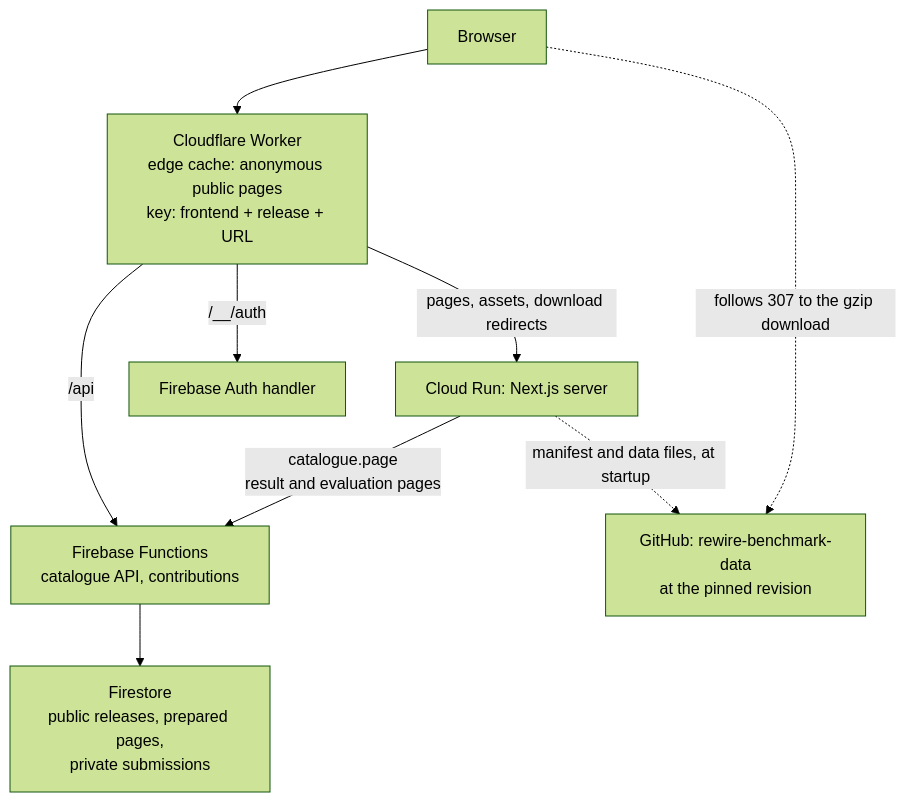
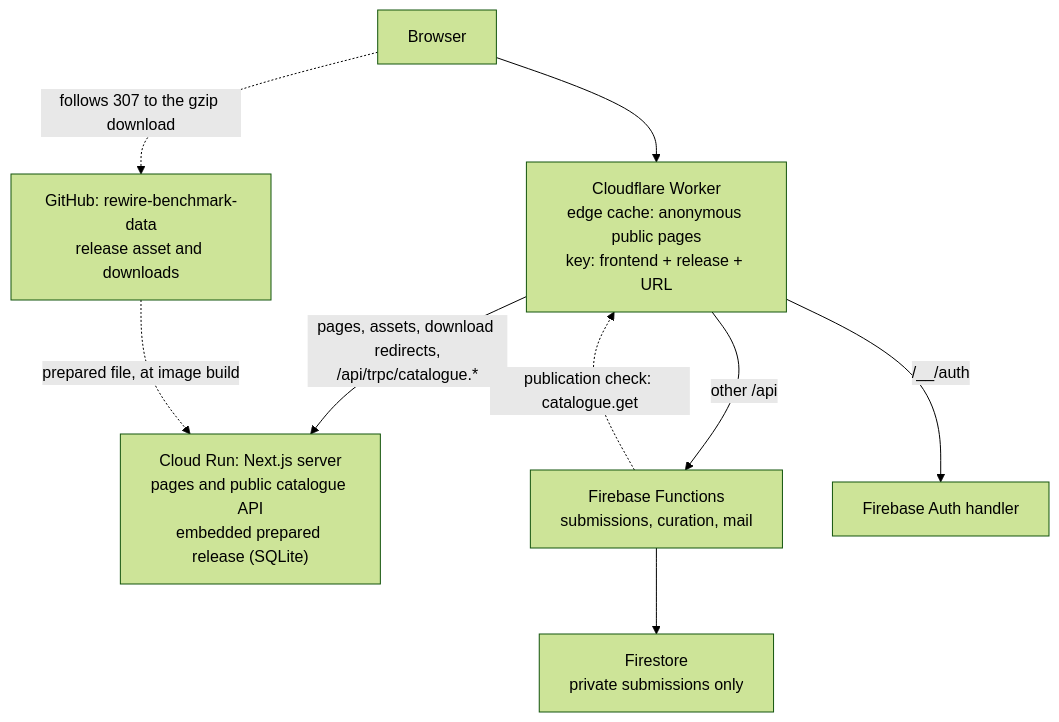
The diagram in README.md (rewire-bio/rewire-database), drawn with Mermaid (forest theme) before and after one commit. The commit also changed other lines of this file and 55 other files, not shown here.

First line of the commit message:
Serve pages and the catalogue API from the image's prepared release

````diff
--- a/README.md
+++ b/README.md
@@ -7,19 +7,19 @@
 ```mermaid
 flowchart TD
     Browser["Browser"]
     Worker["Cloudflare Worker<br/>edge cache: anonymous public pages<br/>key: frontend + release + URL"]
-    SSR["Cloud Run: Next.js server"]
-    Functions["Firebase Functions<br/>catalogue API, contributions"]
+    SSR["Cloud Run: Next.js server<br/>pages and public catalogue API<br/>embedded prepared release (SQLite)"]
+    Functions["Firebase Functions<br/>submissions, curation, mail"]
     Auth["Firebase Auth handler"]
-    Firestore["Firestore<br/>public releases, prepared pages,<br/>private submissions"]
-    GitHub["GitHub: rewire-benchmark-data<br/>at the pinned revision"]
+    Firestore["Firestore<br/>private submissions only"]
+    GitHub["GitHub: rewire-benchmark-data<br/>release asset and downloads"]
 
     Browser --> Worker
-    Worker -->|"pages, assets, download redirects"| SSR
-    Worker -->|"/api"| Functions
+    Worker -->|"pages, assets, download redirects,<br/>/api/trpc/catalogue.*"| SSR
+    Worker -->|"other /api"| Functions
     Worker -->|"/__/auth"| Auth
-    SSR -->|"catalogue.page<br/>result and evaluation pages"| Functions
     Functions --> Firestore
-    SSR -.->|"manifest and data files, at startup"| GitHub
+    Functions -.->|"publication check: catalogue.get"| Worker
+    GitHub -.->|"prepared file, at image build"| SSR
     Browser -.->|"follows 307 to the gzip download"| GitHub
 ```
````
